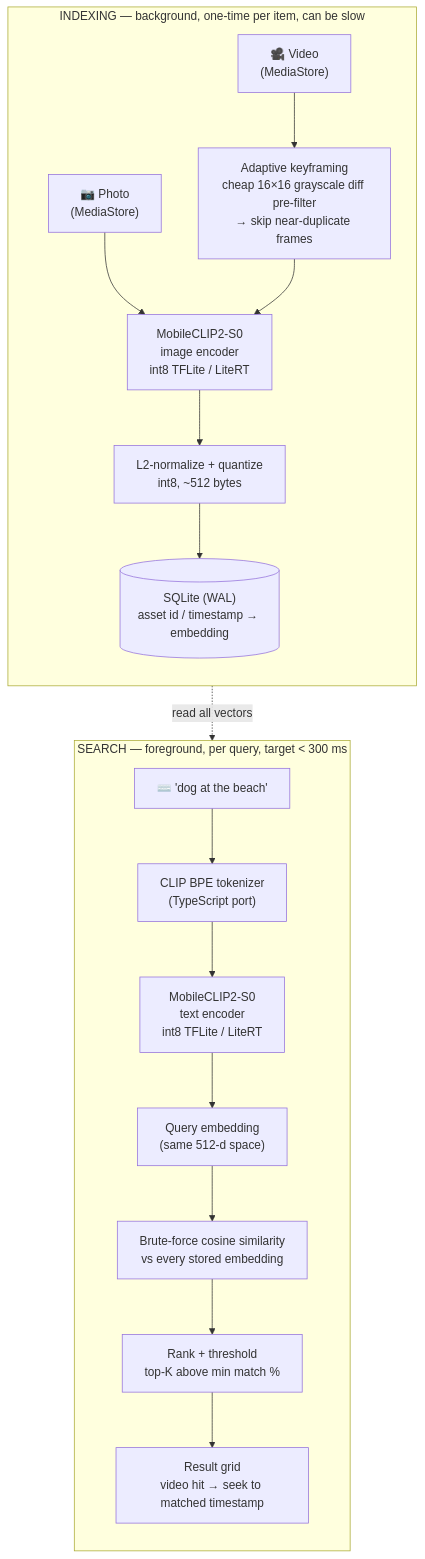
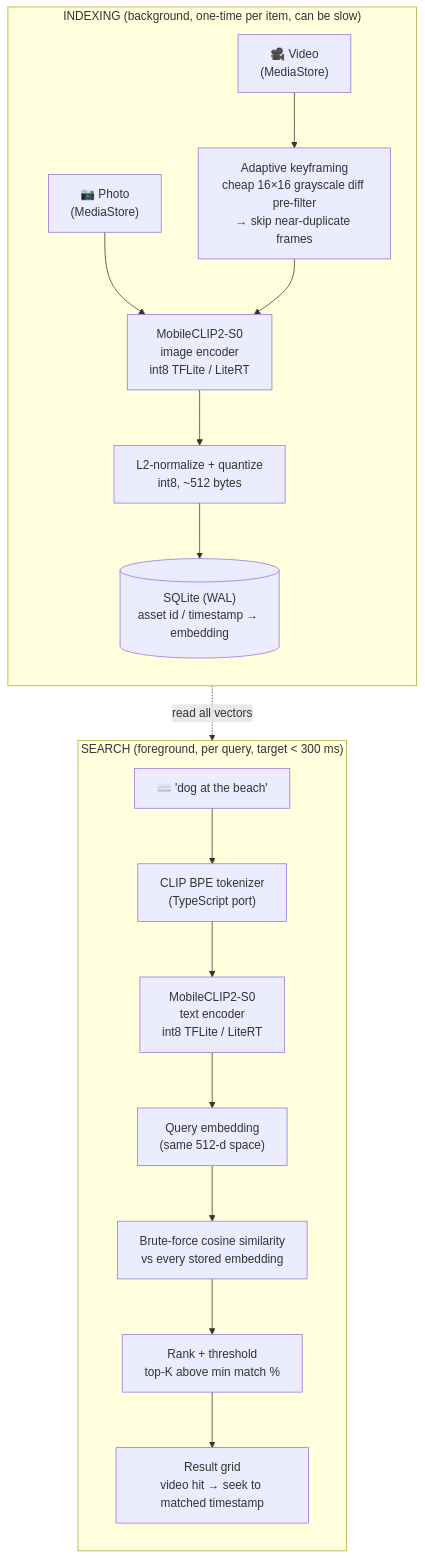
Before and after one commit to CulturalProfessor/sift: the diagram in README.md, drawn with Mermaid. The commit also changed other lines of this file, not shown here.

````diff
--- a/README.md
+++ b/README.md
@@ -38,22 +38,22 @@
 ```mermaid
 flowchart TB
-    subgraph indexing ["INDEXING — background, one-time per item, can be slow"]
+    subgraph indexing ["INDEXING (background, one-time per item, can be slow)"]
         direction TB
         photo["📷 Photo\n(MediaStore)"] --> imgenc["MobileCLIP2-S0\nimage encoder\nint8 TFLite / LiteRT"]
         video["🎥 Video\n(MediaStore)"] --> keyframe["Adaptive keyframing\ncheap 16×16 grayscale diff pre-filter\n→ skip near-duplicate frames"]
         keyframe --> imgenc
         imgenc --> quant["L2-normalize + quantize\nint8, ~512 bytes"]
         quant --> db[("SQLite (WAL)\nasset id / timestamp → embedding")]
     end
 
-    subgraph search ["SEARCH — foreground, per query, target < 300 ms"]
+    subgraph search ["SEARCH (foreground, per query, target < 300 ms)"]
         direction TB
         query["⌨️ 'dog at the beach'"] --> tok["CLIP BPE tokenizer\n(TypeScript port)"]
         tok --> txtenc["MobileCLIP2-S0\ntext encoder\nint8 TFLite / LiteRT"]
         txtenc --> qemb["Query embedding\n(same 512-d space)"]
         qemb --> cosine["Brute-force cosine similarity\nvs every stored embedding"]
         db -. "read all vectors" .-> cosine
         cosine --> rank["Rank + threshold\ntop-K above min match %"]
         rank --> result["Result grid\nvideo hit → seek to matched timestamp"]
     end
 ```
````
